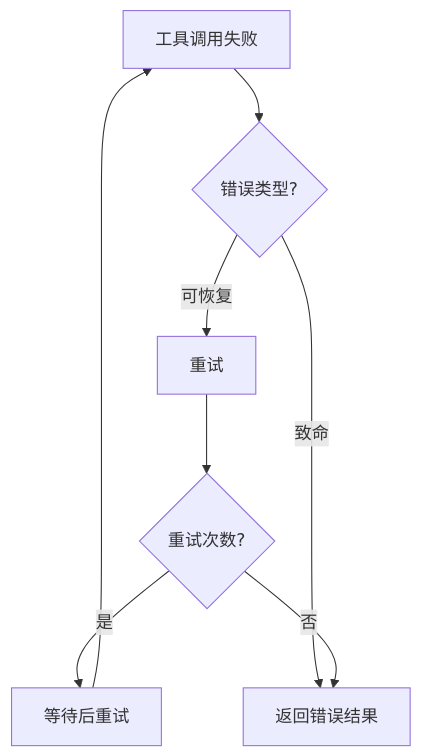
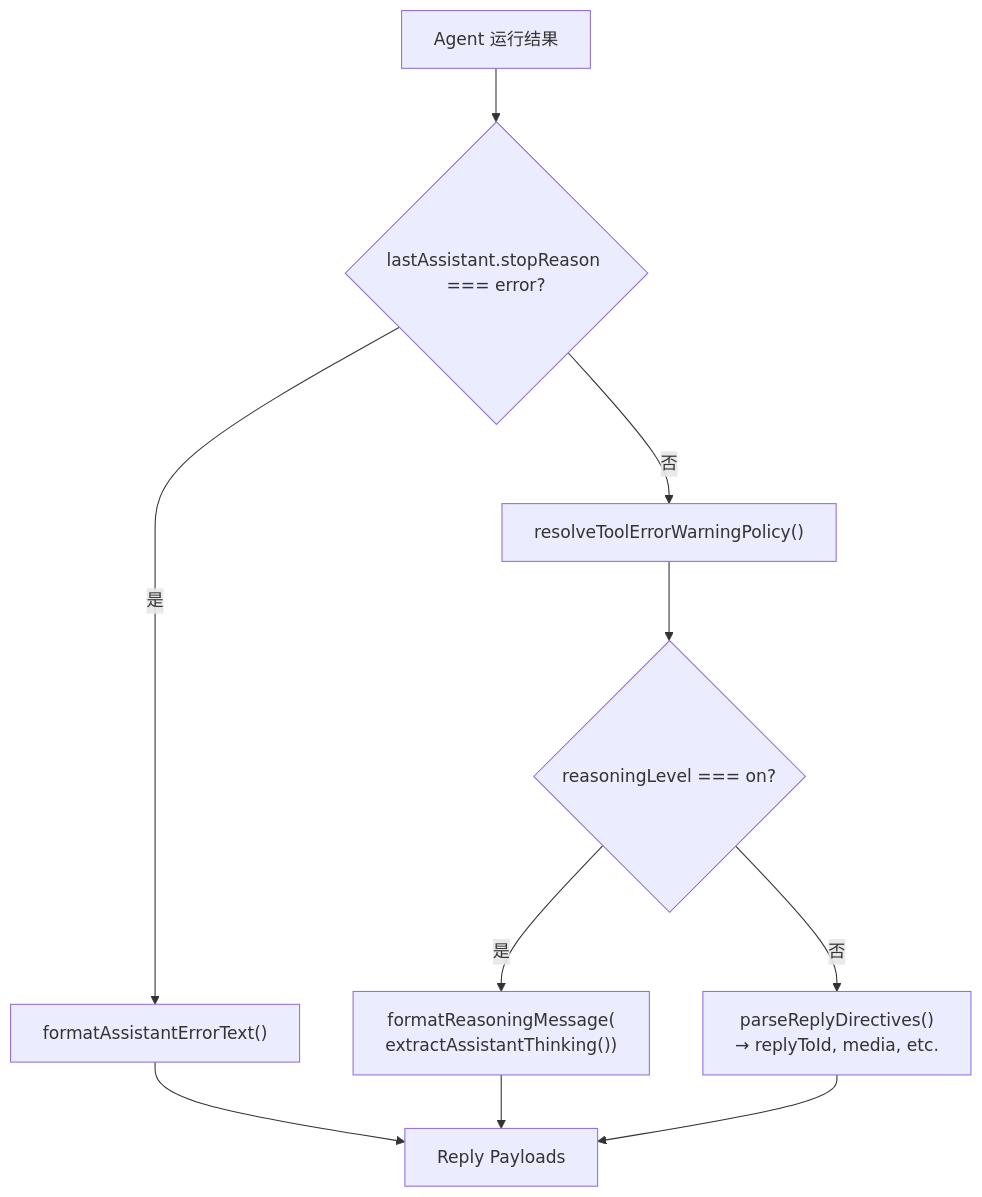
One commit to caicongyang/bloger changed the tenth of 11 diagrams in openclaw/OPENCLAW-AGENT-LOOP.md. Above: the diagram before and after it, drawn with Mermaid. The commit also changed other lines of this file and 13 other files, not shown here.

````diff
--- a/openclaw/OPENCLAW-AGENT-LOOP.md
+++ b/openclaw/OPENCLAW-AGENT-LOOP.md
@@ -1257,11 +381,12 @@
 ```mermaid
 flowchart TD
-    A[工具调用失败] --> B{错误类型?}
-    B -->|可恢复| C[重试]
-    B -->|致命| D[返回错误结果]
-    
-    C --> E{重试次数?}
-    E -->|是| F[等待后重试]
-    F --> A
-    E -->|否| D
+    RES[Agent 运行结果] --> ERR{lastAssistant.stopReason === error?}
+    ERR -->|是| ERRT["formatAssistantErrorText()"]
+    ERR -->|否| TOOL_ERR["resolveToolErrorWarningPolicy()"]
+    TOOL_ERR --> REASON{reasoningLevel === on?}
+    REASON -->|是| THINK["formatReasoningMessage(\nextractAssistantThinking())"]
+    REASON -->|否| PARSE["parseReplyDirectives()\n→ replyToId, media, etc."]
+    ERRT --> OUT[Reply Payloads]
+    THINK --> OUT
+    PARSE --> OUT
 ```
````
